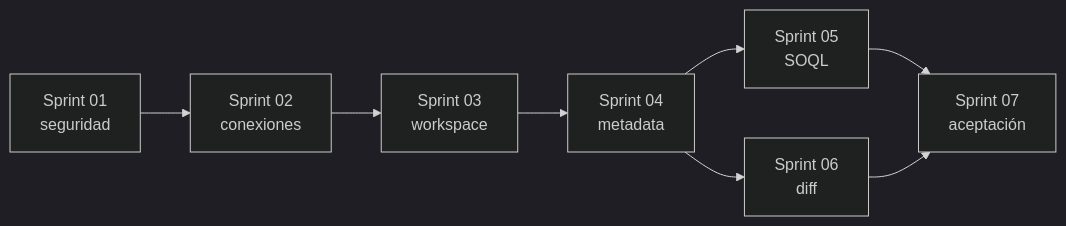
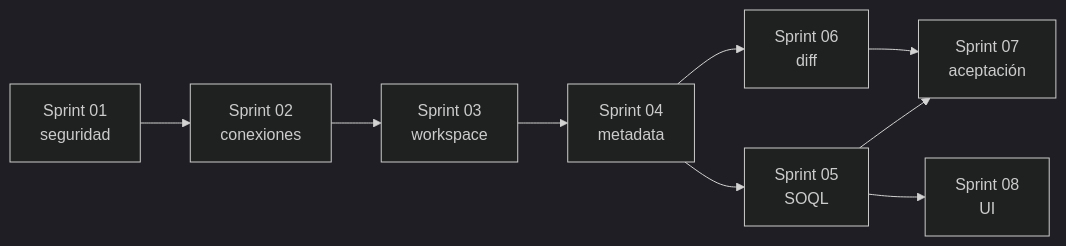
One commit to eBarrero/sfstudio changed the diagram in doc/PLAN_DE_SPRINTS.md. Above: the diagram before and after it, drawn with Mermaid (dark theme). The commit also changed other lines of this file and 28 other files, not shown here.

````diff
--- a/doc/PLAN_DE_SPRINTS.md
+++ b/doc/PLAN_DE_SPRINTS.md
@@ -34,10 +35,11 @@
 ```mermaid
 flowchart LR
     S1[Sprint 01<br/>seguridad] --> S2[Sprint 02<br/>conexiones]
     S2 --> S3[Sprint 03<br/>workspace]
     S3 --> S4[Sprint 04<br/>metadata]
     S4 --> S5[Sprint 05<br/>SOQL]
     S4 --> S6[Sprint 06<br/>diff]
     S5 --> S7[Sprint 07<br/>aceptación]
     S6 --> S7
+    S5 --> S8[Sprint 08<br/>UI]
 ```
````
